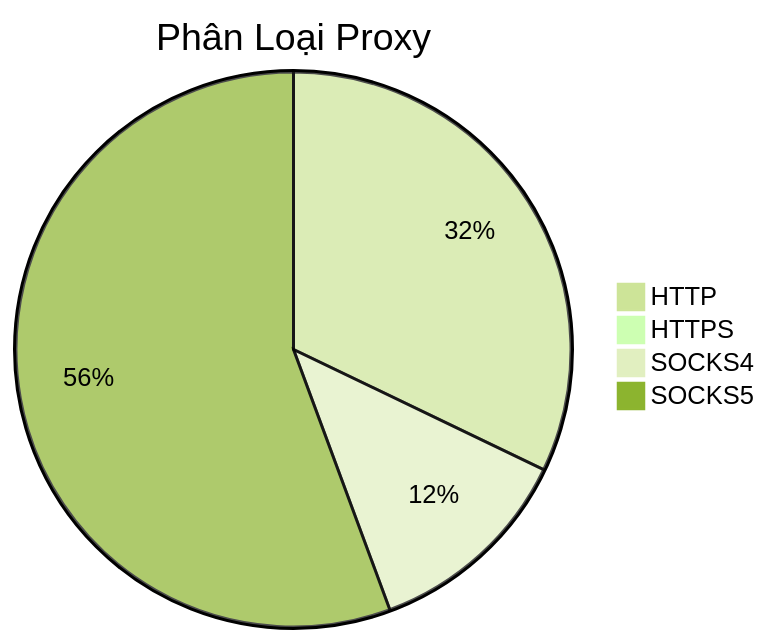
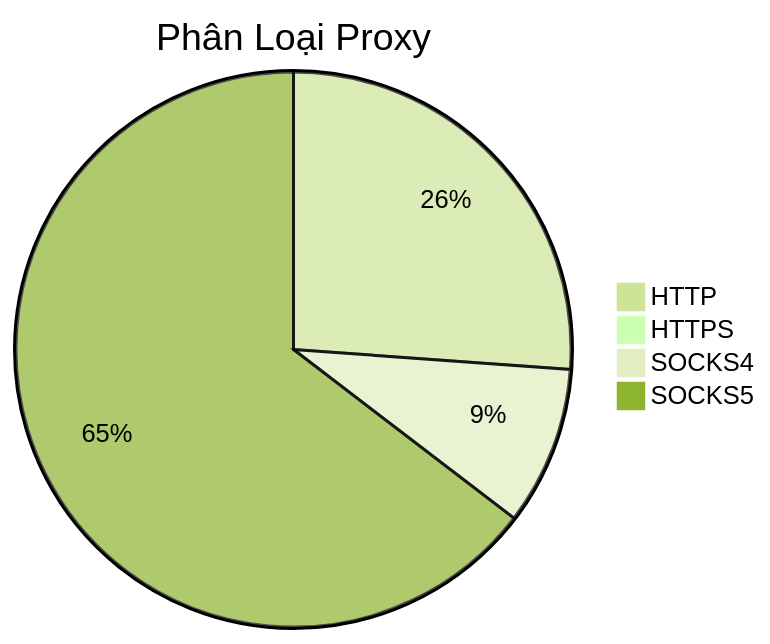
Before and after one commit to Ciara-Aa/PROXY-free: the diagram in README.md, drawn with Mermaid (forest theme). The commit also changed other lines of this file and 4 other files, not shown here.

````diff
--- a/README.md
+++ b/README.md
@@ -26,7 +26,7 @@
 ```mermaid
 pie title Phân Loại Proxy
-    "HTTP" : 612
+    "HTTP" : 486
     "HTTPS" : 1
-    "SOCKS4" : 233
-    "SOCKS5" : 1060
+    "SOCKS4" : 172
+    "SOCKS5" : 1201
 ```
````
